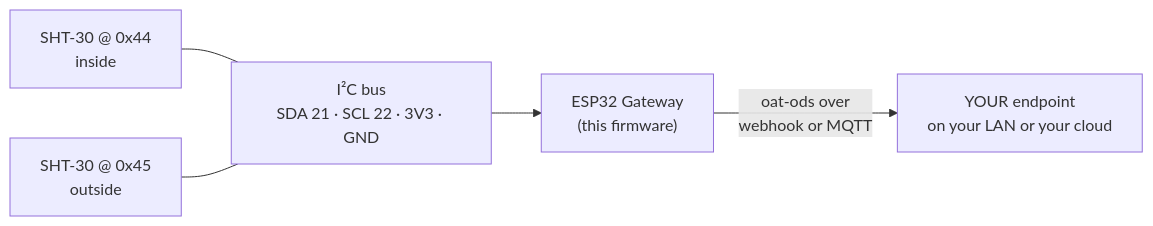
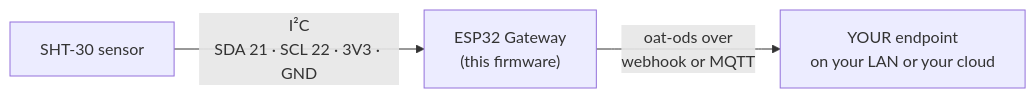
The diagram in oat-sht30-node/README.md (openagtechnology/oat-sketches), drawn with Mermaid before and after one commit. The commit also changed other lines of this file, not shown here.

Commit message:
publish: oat-sdi12-reader, oat-ds18b20-node, oat-sht30-node, oat-ble-listener, oat-modbus-reader, oat-analog-reader, oat-cwsi-node, oat-loadcell-water + library front page

````diff
--- a/oat-sht30-node/README.md
+++ b/oat-sht30-node/README.md
@@ -34,7 +33,5 @@
 ```mermaid
 flowchart LR
-  S1["SHT-30 @ 0x44<br>inside"] --- BUS
-  S2["SHT-30 @ 0x45<br>outside"] --- BUS["I²C bus<br>SDA 21 · SCL 22 · 3V3 · GND"]
-  BUS --> GW["ESP32 Gateway<br>(this firmware)"]
+  S1["SHT-30 sensor"] -- "I²C<br>SDA 21 · SCL 22 · 3V3 · GND" --> GW["ESP32 Gateway<br>(this firmware)"]
   GW -- "oat-ods over<br>webhook or MQTT" --> E["YOUR endpoint<br>on your LAN or your cloud"]
 ```
````
